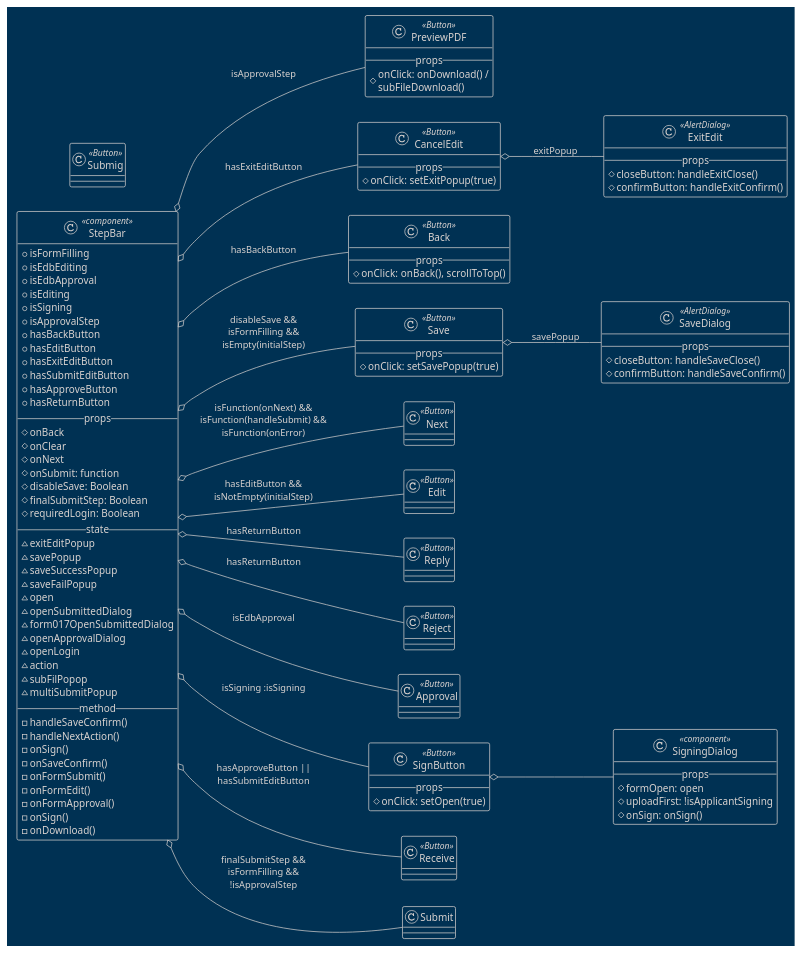
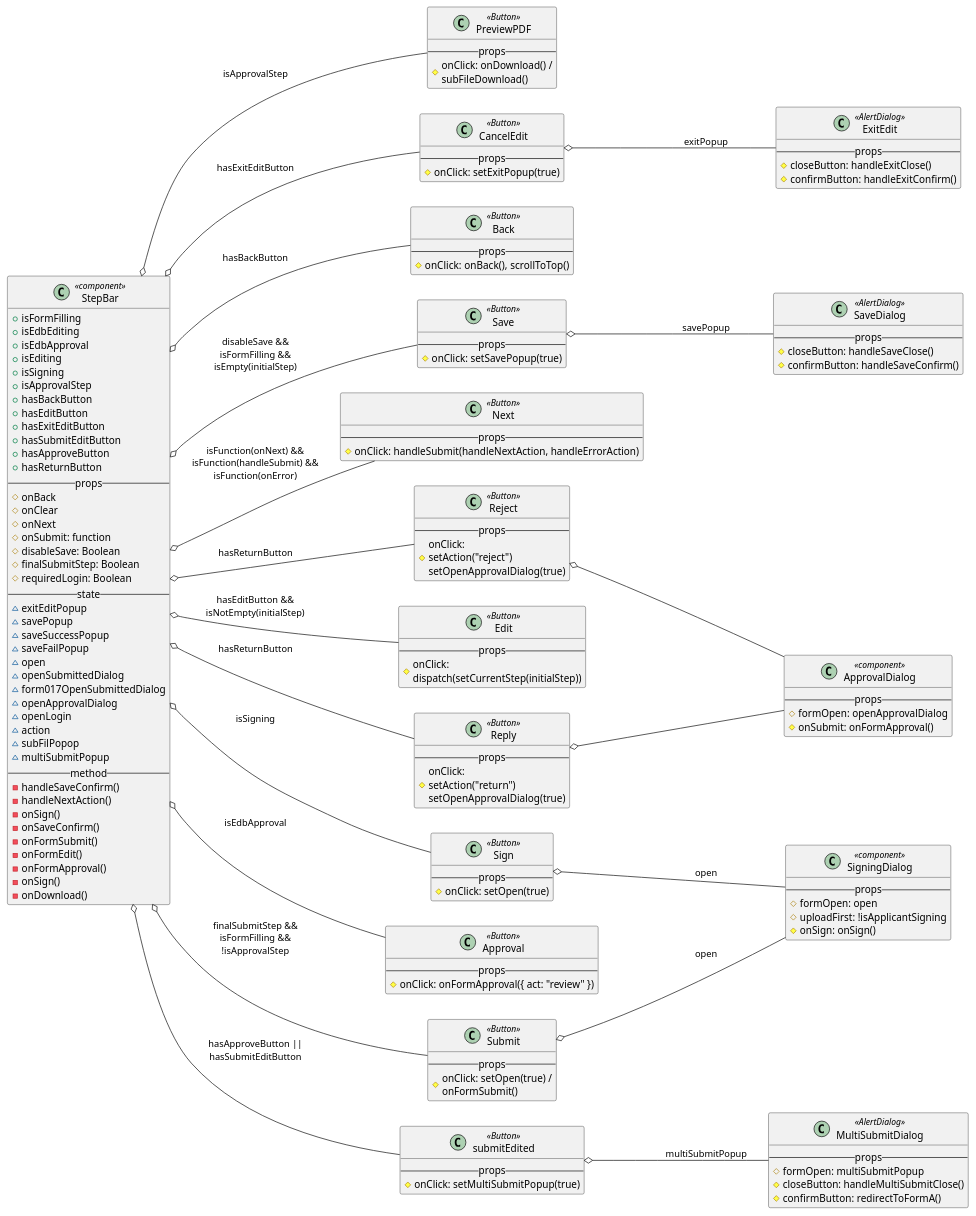
The diagram in StepBarClass.puml (GaryChung34/plantUML), drawn with PlantUML before and after one commit.

Commit message:
complete stepbar class diagram

```diff
--- a/StepBarClass.puml
+++ b/StepBarClass.puml
@@ -1,125 +1,161 @@
 @startuml
-!theme blueprint
+' !theme blueprint
 left to right direction
 
 class StepBar <<component>> {
   + isFormFilling
   + isEdbEditing
   + isEdbApproval
   + isEditing
   + isSigning
   + isApprovalStep
   + hasBackButton
   + hasEditButton
   + hasExitEditButton
   + hasSubmitEditButton
   + hasApproveButton
   + hasReturnButton
   '
   --props--
   # onBack
   # onClear
   # onNext
   # onSubmit: function
   # disableSave: Boolean
   # finalSubmitStep: Boolean
   # requiredLogin: Boolean
   '
   --state--
   ~ exitEditPopup
   ~ savePopup
   ~ saveSuccessPopup
   ~ saveFailPopup
   ~ open
   ~ openSubmittedDialog
   ~ form017OpenSubmittedDialog
   ~ openApprovalDialog
   ~ openLogin
   ~ action
   ~ subFilPopop
   ~ multiSubmitPopup
   '
   --method--
   - handleSaveConfirm()
   - handleNextAction()
   - onSign()
   - onSaveConfirm()
   - onFormSubmit()
   - onFormEdit()
   - onFormApproval()
   - onSign()
   - onDownload()
 }
 
 
 
 ' === Button ===
 class PreviewPDF <<Button>> {
     --props--
     # onClick: onDownload() /\nsubFileDownload()
 }
 class CancelEdit <<Button>> {
     --props--
     # onClick: setExitPopup(true)
 }
 class Back <<Button>> {
     --props--
     # onClick: onBack(), scrollToTop()
 }
 class Save <<Button>> {
     --props--
     # onClick: setSavePopup(true)
 }
-class Next <<Button>> {}
-class Submig <<Button>> {}
-class Edit <<Button>> {}
-class Reply <<Button>> {}
-class Reject <<Button>> {}
-class Approval <<Button>> {}
-class SignButton <<Button>> {
---props--
-# onClick: setOpen(true)
+class Next <<Button>> {
+    --props--
+    # onClick: handleSubmit(handleNextAction, handleErrorAction)
 }
-class Receive <<Button>> {}
+class Submit <<Button>> {
+    --props--
+    # onClick: setOpen(true) /\nonFormSubmit()
+}
+class Edit <<Button>> {
+    --props--
+    # onClick: \ndispatch(setCurrentStep(initialStep))
+}
+class Reply <<Button>> {
+    --props--
+    # onClick: \nsetAction("return")\nsetOpenApprovalDialog(true)
+}
+class Reject <<Button>> {
+    --props--
+    # onClick: \nsetAction("reject")\nsetOpenApprovalDialog(true)
+}
+class Approval <<Button>> {
+    --props--
+    #onClick: onFormApproval({ act: "review" })
+}
+class Sign <<Button>> {
+    --props--
+    # onClick: setOpen(true)
+}
+class submitEdited <<Button>> {
+    --props--
+    # onClick: setMultiSubmitPopup(true)
+}
 
 
 ' === Dialog ===
 class SigningDialog <<component>> {
     --props--
     # formOpen: open
     # uploadFirst: !isApplicantSigning
     # onSign: onSign()
 }
 class ExitEdit <<AlertDialog>> {
     --props--
     # closeButton: handleExitClose()
     # confirmButton: handleExitConfirm()
 }
 class SaveDialog <<AlertDialog>> {
     --props--
     # closeButton: handleSaveClose()
     # confirmButton: handleSaveConfirm()
 }
-
+class ApprovalDialog <<component>> {
+    --props--
+    # formOpen: openApprovalDialog
+    # onSubmit: onFormApproval()
+}
+class MultiSubmitDialog <<AlertDialog>> {
+    --props--
+    # formOpen: multiSubmitPopup
+    # closeButton: handleMultiSubmitClose()
+    # confirmButton: redirectToFormA()
+}
 
 ' === Button display logic ===
 StepBar o-- PreviewPDF :isApprovalStep
 StepBar o-- CancelEdit :hasExitEditButton
 StepBar o-- Back :hasBackButton
 StepBar o-- Save :disableSave &&\nisFormFilling &&\nisEmpty(initialStep)
 StepBar o-- Next :isFunction(onNext) &&\nisFunction(handleSubmit) &&\nisFunction(onError)
 StepBar o-- Submit :finalSubmitStep &&\nisFormFilling &&\n!isApprovalStep
 StepBar o-- Edit :hasEditButton &&\nisNotEmpty(initialStep)
 StepBar o-- Reply :hasReturnButton
 StepBar o-- Reject :hasReturnButton
 StepBar o-- Approval :isEdbApproval
-StepBar o-- SignButton :isSigning :isSigning
-StepBar o-- Receive :hasApproveButton ||\nhasSubmitEditButton
+StepBar o-- Sign :isSigning 
+StepBar o-- submitEdited :hasApproveButton ||\nhasSubmitEditButton
 
 
 ' === Dialog display logic ===
-SignButton o-- SigningDialog 
+Sign o-- SigningDialog :open
 CancelEdit o-- ExitEdit :exitPopup
 Save o-- SaveDialog :savePopup
+Submit o-- SigningDialog :open
+Reply o-- ApprovalDialog 
+Reject o-- ApprovalDialog 
+submitEdited o-- MultiSubmitDialog :multiSubmitPopup
+
 
 @enduml
```
